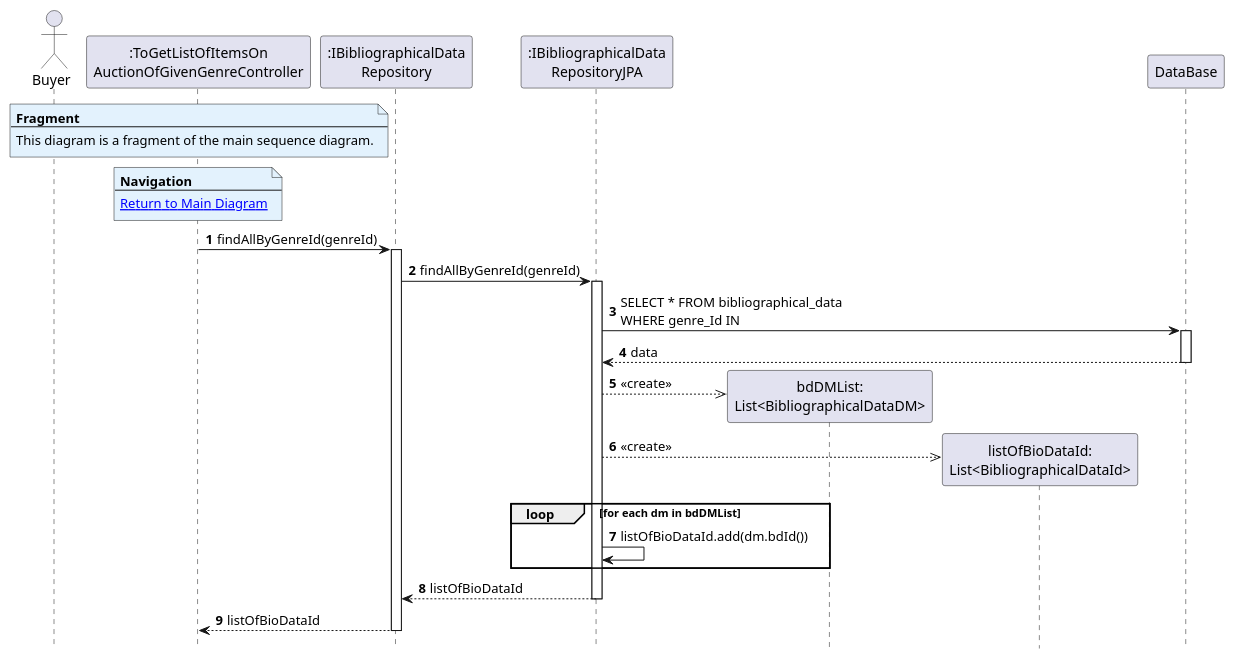
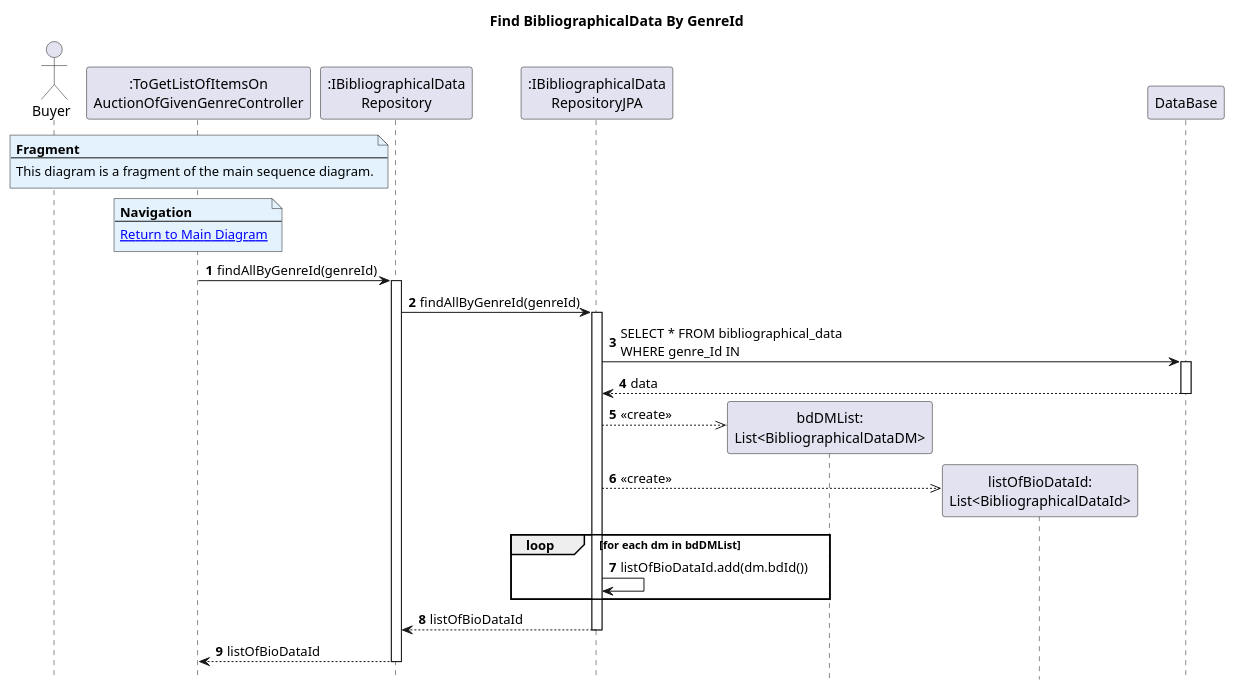
One commit to AndrePereiraGitH/SWitCH-Project-Team_A changed the diagram in Diagrams/SequenceDiagrams/N2/To-get-list-of-items-on-auction-of-a-given-genre/3.findBdByGenreID.puml. Above: the diagram before and after it, drawn with PlantUML.

Commit message:
Add title to findBdByGenreID sequence diagram

```diff
--- a/Diagrams/SequenceDiagrams/N2/To-get-list-of-items-on-auction-of-a-given-genre/3.findBdByGenreID.puml
+++ b/Diagrams/SequenceDiagrams/N2/To-get-list-of-items-on-auction-of-a-given-genre/3.findBdByGenreID.puml
@@ -1,45 +1,46 @@
 @startuml
 autonumber
 hide footbox
+title Find BibliographicalData By GenreId
 
 actor Buyer as User
 
 participant ":ToGetListOfItemsOn\nAuctionOfGivenGenreController" as Controller
 participant ":IBibliographicalData\nRepository" as BDRepo
 participant ":IBibliographicalData\nRepositoryJPA" as BDJPA
 participant "bdDMList:\nList<BibliographicalDataDM>"
 participant "listOfBioDataId:\nList<BibliographicalDataId>"
 participant "DataBase" as DB
 
 note over Controller #E3F2FD
 <b>Fragment</b>
 ---
 This diagram is a fragment of the main sequence diagram.
 end note
 
 note over Controller #E3F2FD
 <b>Navigation</b>
 ---
 [[1.MainDiagram.puml Return to Main Diagram]]
 end note
 
 
 Controller -> BDRepo : findAllByGenreId(genreId)
 activate BDRepo
 BDRepo -> BDJPA : findAllByGenreId(genreId)
 activate BDJPA
 BDJPA -> DB : SELECT * FROM bibliographical_data\nWHERE genre_Id IN
 activate DB
 DB --> BDJPA : data
 deactivate DB
 BDJPA -->> "bdDMList:\nList<BibliographicalDataDM>" ** : <<create>>
 BDJPA -->> "listOfBioDataId:\nList<BibliographicalDataId>" ** : <<create>>
 loop for each dm in bdDMList
 BDJPA -> BDJPA : listOfBioDataId.add(dm.bdId())
 end
 BDJPA --> BDRepo : listOfBioDataId
 deactivate BDJPA
 BDRepo --> Controller : listOfBioDataId
 deactivate BDRepo
 
 @enduml
```
